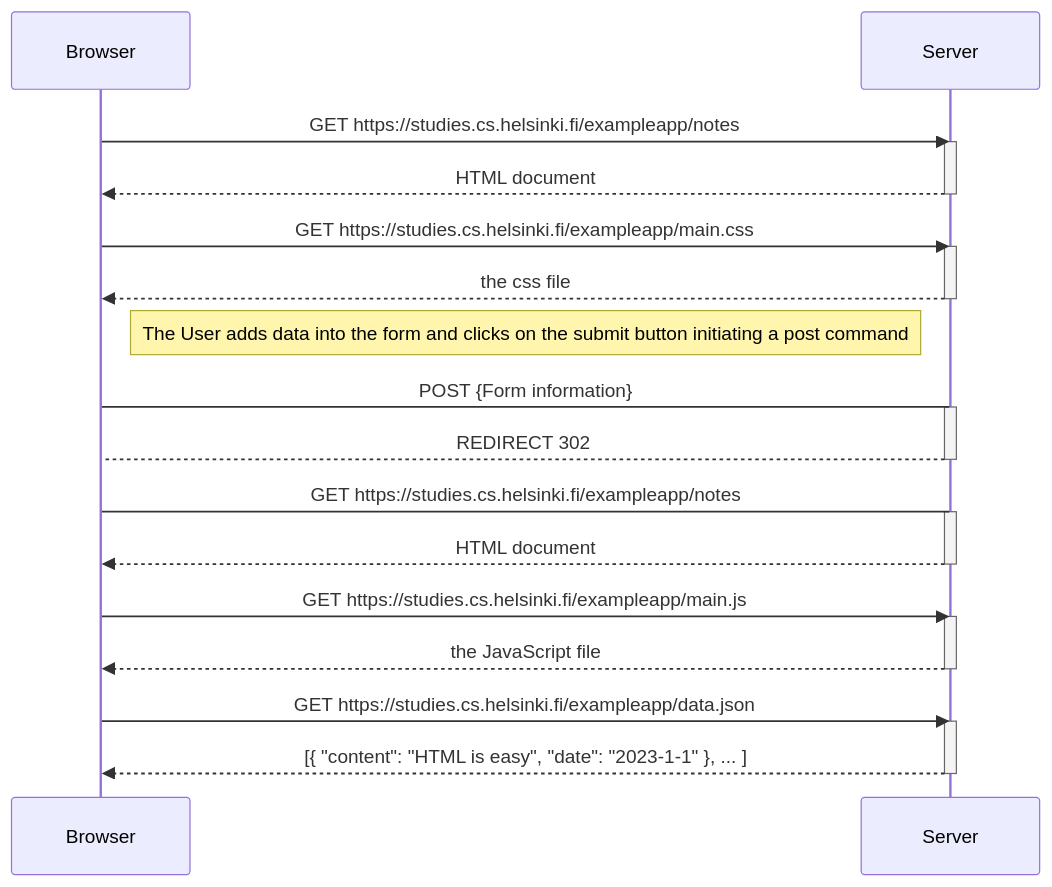
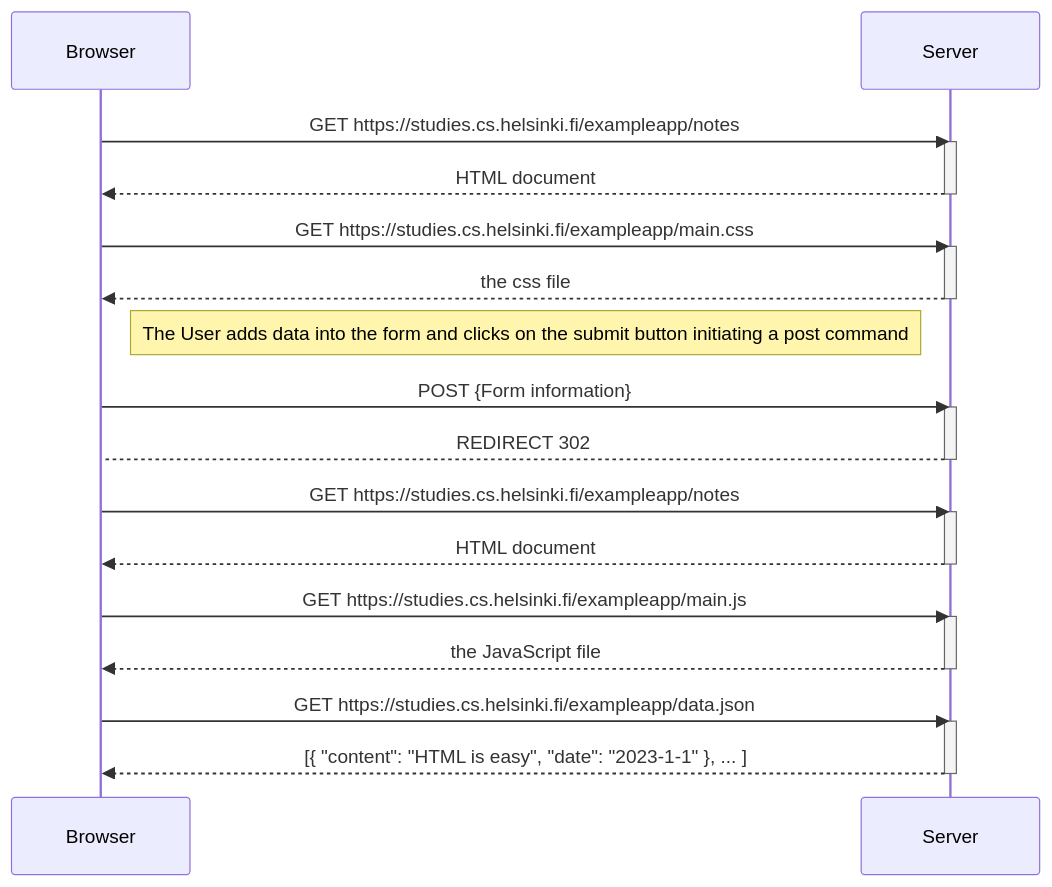
Before and after one commit to seculoseculorum/FullStack_Osa0: the diagram in Kaavio.md, drawn with Mermaid.

````diff
--- a/Kaavio.md
+++ b/Kaavio.md
@@ -1,37 +1,37 @@
 ```mermaid
 sequenceDiagram
     participant Browser
     participant Server
     
     Browser->>Server: GET https://studies.cs.helsinki.fi/exampleapp/notes
     activate Server
     Server-->>Browser: HTML document
     deactivate Server
     
     Browser->>Server: GET https://studies.cs.helsinki.fi/exampleapp/main.css
     activate Server
     Server-->>Browser: the css file
     deactivate Server
 
     Note right of Browser: The User adds data into the form and clicks on the submit button initiating a post command
 
-    Browser->Server: POST {Form information}
+    Browser->>Server: POST {Form information}
     activate Server
     Server-->Browser: REDIRECT 302
     deactivate Server 
     
-    Browser->Server: GET https://studies.cs.helsinki.fi/exampleapp/notes
+    Browser->>Server: GET https://studies.cs.helsinki.fi/exampleapp/notes
     activate Server
     Server-->>Browser: HTML document
     deactivate Server
 
     Browser->>Server: GET https://studies.cs.helsinki.fi/exampleapp/main.js
     activate Server
     Server-->>Browser: the JavaScript file
     deactivate Server
     
     Browser->>Server: GET https://studies.cs.helsinki.fi/exampleapp/data.json
     activate Server
     Server-->>Browser: [{ "content": "HTML is easy", "date": "2023-1-1" }, ... ]
     deactivate Server
 ```
````
